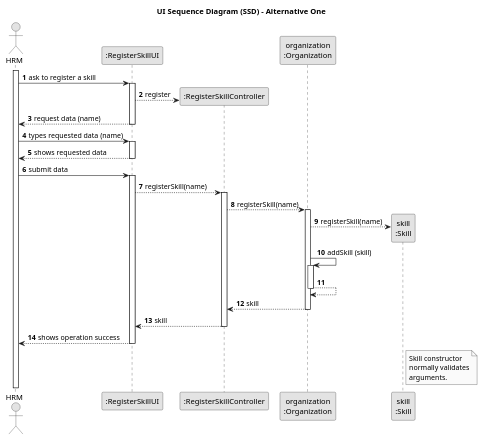
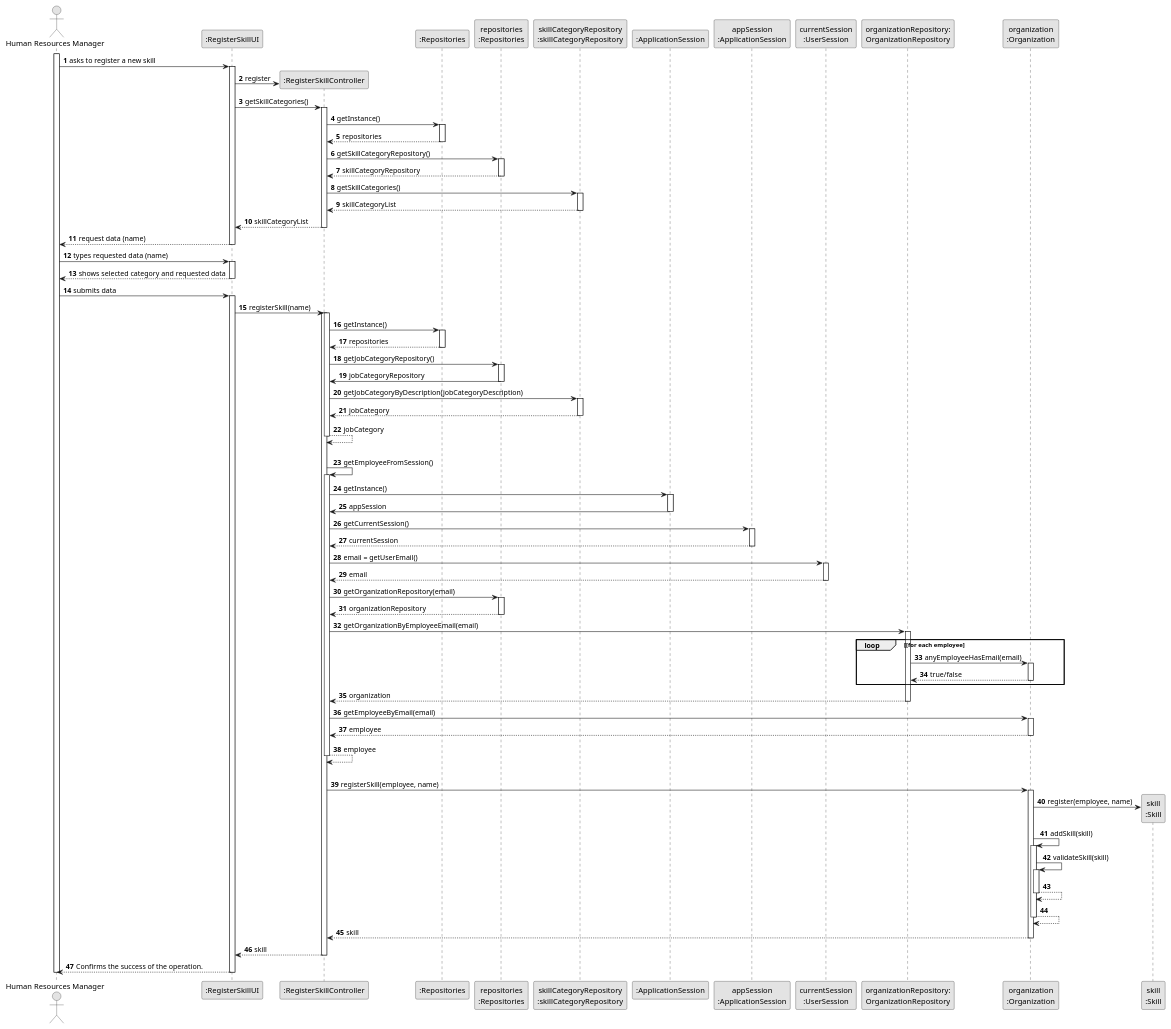
Before and after one commit to SAEmanuel/Green_Spaces_Management_ISEP: the diagram in docs/sprintB/us001/03.design/puml/us001-sequence-diagram-full.puml, drawn with PlantUML. The commit also changed 2 other files, not shown here.

```diff
--- a/docs/sprintB/us001/03.design/puml/us001-sequence-diagram-full.puml
+++ b/docs/sprintB/us001/03.design/puml/us001-sequence-diagram-full.puml
@@ -1,77 +1,172 @@
 @startuml
 skinparam monochrome true
 skinparam packageStyle rectangle
 skinparam shadowing false
 
-title UI Sequence Diagram (SSD) - Alternative One
-
 autonumber
 
-actor "HRM" as Employee
+'hide footbox
+actor "Human Resources Manager" as HRM
 participant ":RegisterSkillUI" as UI
 participant ":RegisterSkillController" as CTRL
+participant ":Repositories" as RepositorySingleton
+participant "repositories\n:Repositories" as PLAT
+participant "skillCategoryRepository\n:skillCategoryRepository" as skillRepository
+participant ":ApplicationSession" as _APP
+participant "appSession\n:ApplicationSession" as APP
+participant "currentSession\n:UserSession" as SESSAO
+participant "organizationRepository:\nOrganizationRepository" as OrganizationRepository
 participant "organization\n:Organization" as ORG
-participant "skill\n:Skill" as SKILL
+participant "skill\n:Skill" as EMPREGO
 
-activate Employee
+activate HRM
 
-    Employee -> UI : ask to register a skill
+        HRM -> UI : asks to register a new skill
+
+        activate UI
+
+            UI -> CTRL** : register
+
+            UI -> CTRL : getSkillCategories()
+            activate CTRL
+
+                CTRL -> RepositorySingleton : getInstance()
+                activate RepositorySingleton
+
+                    RepositorySingleton --> CTRL: repositories
+                deactivate RepositorySingleton
+
+                CTRL -> PLAT : getSkillCategoryRepository()
+                activate PLAT
+
+                    PLAT --> CTRL: skillCategoryRepository
+                deactivate PLAT
+
+                CTRL -> skillRepository : getSkillCategories()
+                activate skillRepository
+
+                    skillRepository --> CTRL : skillCategoryList
+                deactivate skillRepository
+
+                CTRL --> UI : skillCategoryList
+            deactivate CTRL
+
+            UI --> HRM : request data (name)
+        deactivate UI
+
+    HRM -> UI : types requested data (name)
     activate UI
 
+        UI --> HRM : shows selected category and requested data
+        deactivate UI
 
-    UI --> CTRL** : register
+        HRM -> UI : submits data
+            activate UI
 
 
-    UI --> Employee : request data (name)
-    deactivate UI
+            UI -> CTRL : registerSkill(name)
+            activate CTRL
 
-    Employee -> UI : types requested data (name)
+                activate CTRL
 
-    activate UI
+                    CTRL -> RepositorySingleton : getInstance()
+                    activate RepositorySingleton
 
-    UI --> Employee : shows requested data
+                        RepositorySingleton --> CTRL: repositories
+                    deactivate RepositorySingleton
 
-    deactivate UI
+                    CTRL -> PLAT : getJobCategoryRepository()
+                    activate PLAT
 
-    Employee -> UI : submit data
+                        PLAT -> CTRL : jobCategoryRepository
+                    deactivate PLAT
 
-    activate UI
+                    CTRL -> skillRepository : getJobCategoryByDescription(jobCategoryDescription)
+                    activate skillRepository
 
-    UI --> CTRL :  registerSkill(name)
-    activate CTRL
+                        skillRepository --> CTRL : jobCategory
+                    deactivate skillRepository
+                        CTRL --> CTRL : jobCategory
+                deactivate CTRL
 
-        CTRL --> ORG :  registerSkill(name)
+                |||
+                CTRL -> CTRL : getEmployeeFromSession()
+                activate CTRL
 
-        activate ORG
-
-        ORG --> SKILL** :  registerSkill(name)
+                    CTRL -> _APP: getInstance()
+                    activate _APP
+                        _APP -> CTRL: appSession
+                    deactivate _APP
 
 
-        ORG -> ORG : addSkill (skill)
-        activate ORG
-        ORG --> ORG :
-'        ORG -> ORG : validateSkill (skill)
+                    CTRL -> APP: getCurrentSession()
+                    activate APP
 
-        deactivate ORG
+                        APP --> CTRL: currentSession
+                    deactivate APP
 
-                ORG --> CTRL : skill
-        deactivate ORG
+                    CTRL -> SESSAO: email = getUserEmail()
+                    activate SESSAO
 
-        CTRL --> UI : skill
+                        SESSAO --> CTRL: email
+                    deactivate SESSAO
 
 
+                    CTRL -> PLAT: getOrganizationRepository(email)
+                    activate PLAT
 
-    deactivate CTRL
-
-    UI --> Employee :shows operation success
-    deactivate UI
+                        PLAT --> CTRL: organizationRepository
+                    deactivate PLAT
 
 
-note right of SKILL
-        Skill constructor
-        normally validates
-        arguments.
-    end note
+                    CTRL -> OrganizationRepository: getOrganizationByEmployeeEmail(email)
+                    activate OrganizationRepository
+
+                        loop [for each employee
+                            OrganizationRepository -> ORG : anyEmployeeHasEmail(email)
+                            activate ORG
+
+                                 ORG --> OrganizationRepository : true/false
+                            deactivate ORG
+                        end
+                        OrganizationRepository --> CTRL : organization
+                    deactivate OrganizationRepository
+
+                    CTRL -> ORG: getEmployeeByEmail(email)
+                    activate ORG
+
+                        ORG --> CTRL : employee
+                    deactivate ORG
+
+                    CTRL --> CTRL : employee
+                deactivate CTRL
+
+                |||
+                CTRL -> ORG: registerSkill(employee, name)
+                activate ORG
+
+                    ORG -> EMPREGO**: register(employee, name)
+
+                    ORG -> ORG: addSkill(skill)
 
 
+                    activate ORG
+                        ORG -> ORG: validateSkill(skill)
+                        activate ORG
+                            ORG --> ORG
+                        deactivate ORG
+
+                        ORG --> ORG
+                    deactivate ORG
+
+                    ORG --> CTRL : skill
+
+                deactivate ORG
+
+                CTRL --> UI: skill
+                deactivate CTRL
+                UI --> HRM: Confirms the success of the operation.
+        deactivate UI
+    deactivate HRM
+
 @enduml
```
